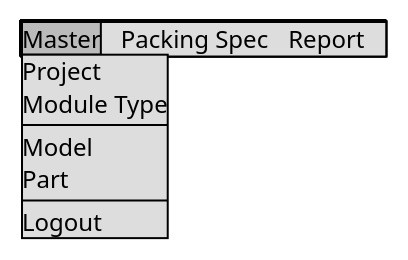
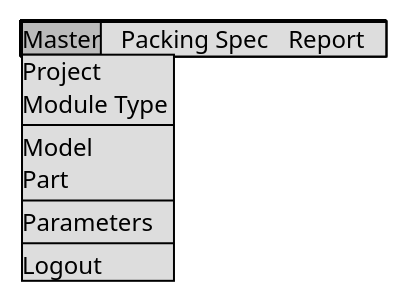
One commit to ari-fikri/packing-cost-mockup changed the diagram in menu/menu - master.puml. Above: the diagram before and after it, drawn with PlantUML. The commit also changed 3 other files, not shown here.

```diff
--- a/menu/menu - master.puml
+++ b/menu/menu - master.puml
@@ -1,7 +1,7 @@
 @startsalt
 {+
   {* Master | Packing Spec | Report
-    Master | Project | Module Type | - | Model | Part | - | Logout |
+    Master | Project | Module Type  | - | Model | Part | - |  Parameters | - | Logout |
   }
 }
 @endsalt
```
